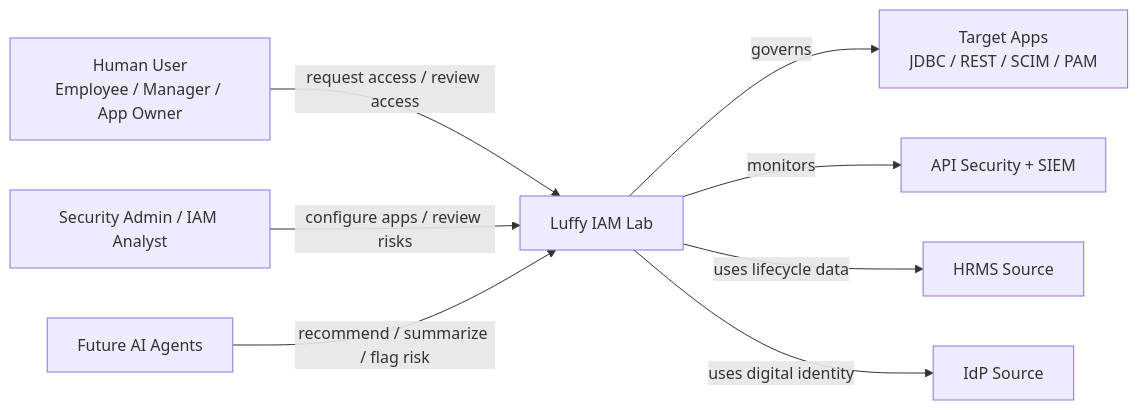
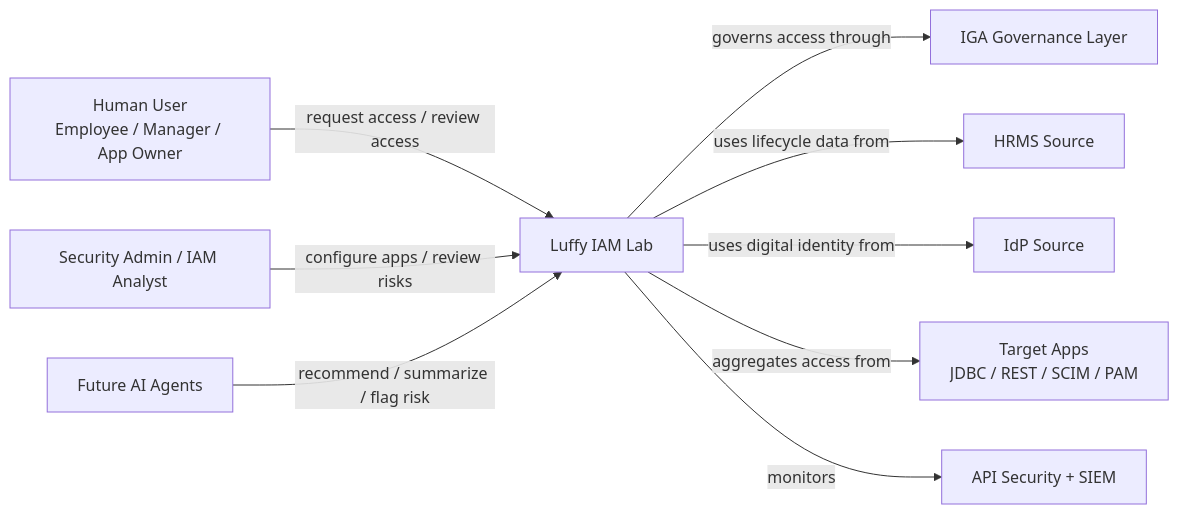
Before and after one commit to i-m-rish/luffy: the first of 8 diagrams in docs/diagrams.md, drawn with Mermaid. The commit also changed other lines of this file, not shown here.

Commit message:
Update global diagrams with IGA foundation flow

````diff
--- a/docs/diagrams.md
+++ b/docs/diagrams.md
@@ -33,17 +37,18 @@
 ```mermaid
 flowchart LR
     USER[Human User<br/>Employee / Manager / App Owner]
     ADMIN[Security Admin / IAM Analyst]
     AGENT[Future AI Agents]
 
     LUFFY[Luffy IAM Lab]
 
     USER -->|request access / review access| LUFFY
     ADMIN -->|configure apps / review risks| LUFFY
     AGENT -->|recommend / summarize / flag risk| LUFFY
 
-    LUFFY -->|governs| TARGETS[Target Apps<br/>JDBC / REST / SCIM / PAM]
+    LUFFY -->|governs access through| IGA[IGA Governance Layer]
+    LUFFY -->|uses lifecycle data from| HRMS[HRMS Source]
+    LUFFY -->|uses digital identity from| IDP[IdP Source]
+    LUFFY -->|aggregates access from| TARGETS[Target Apps<br/>JDBC / REST / SCIM / PAM]
     LUFFY -->|monitors| SECURITY[API Security + SIEM]
-    LUFFY -->|uses lifecycle data| HRMS[HRMS Source]
-    LUFFY -->|uses digital identity| IDP[IdP Source]
 ```
````
